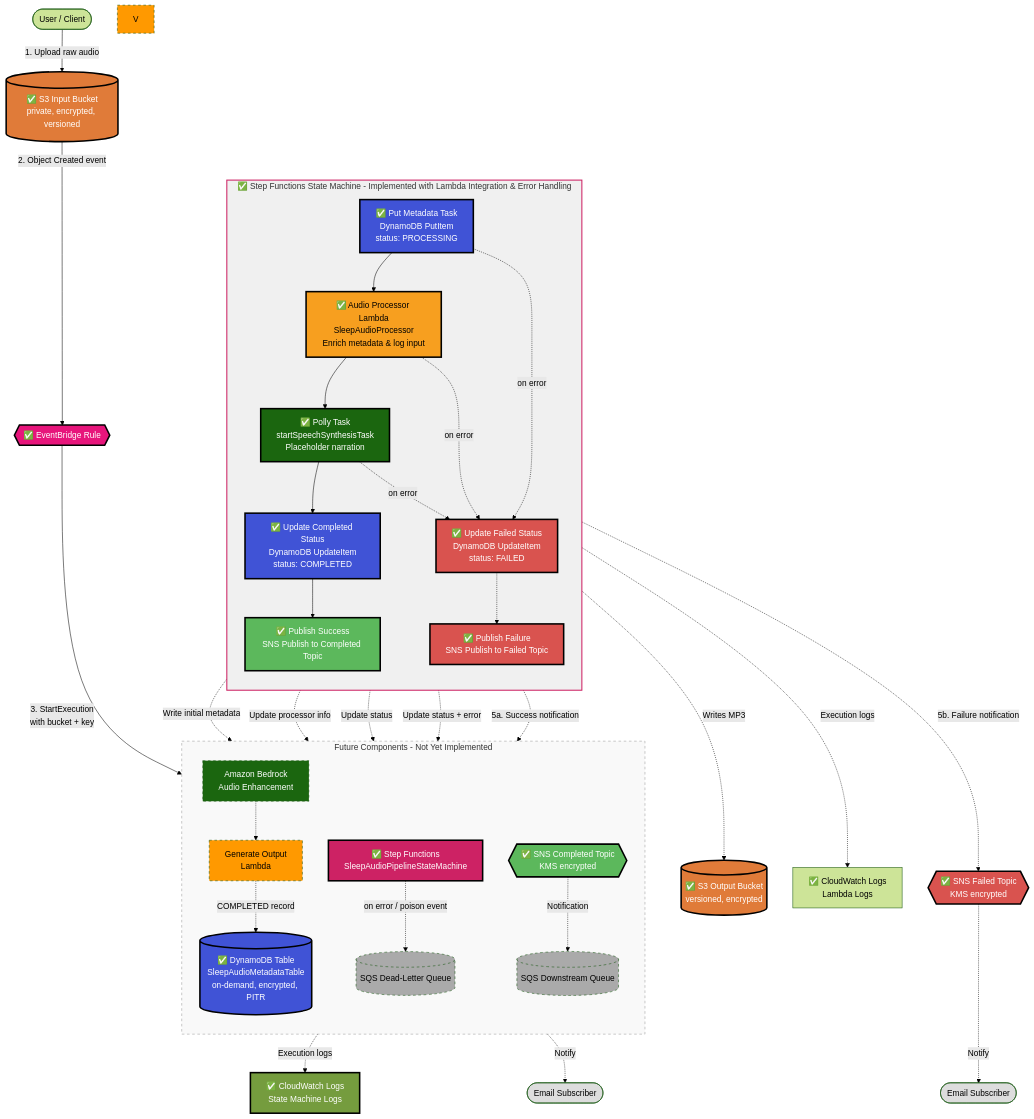
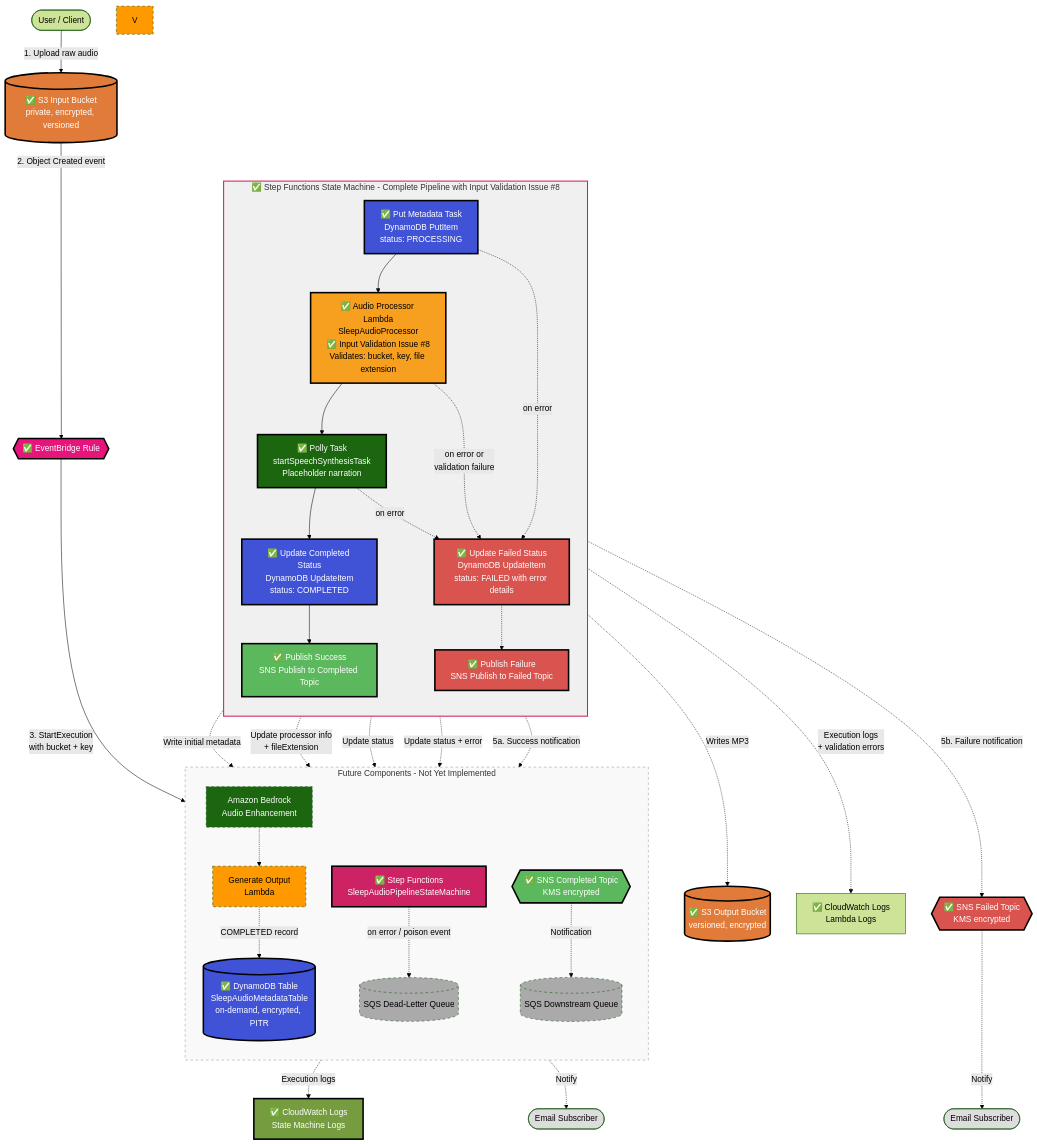
The diagram in ARCHITECTURE.md (obstreperous-ai/cdk-sleep-ts-copilot), drawn with Mermaid (forest theme) before and after one commit. The commit also changed other lines of this file and 3 other files, not shown here.

First line of the commit message:
feat: complete pipeline wiring with input validation (Issue #8)

````diff
--- a/ARCHITECTURE.md
+++ b/ARCHITECTURE.md
@@ -263,70 +323,70 @@
 ```mermaid
 flowchart TD
     U([User / Client]) -->|1. Upload raw audio| S3in[(✅ S3 Input Bucket<br/>private, encrypted, versioned)]
 
     S3in -->|2. Object Created event| EB{{✅ EventBridge Rule}}
     EB -->|3. StartExecution<br/>with bucket + key| SFN[✅ Step Functions<br/>SleepAudioPipelineStateMachine]
 
-    subgraph SFN_Detail [✅ Step Functions State Machine - Implemented with Lambda Integration & Error Handling]
+    subgraph SFN_Detail [✅ Step Functions State Machine - Complete Pipeline with Input Validation Issue #8]
         direction TB
         PUTMETA[✅ Put Metadata Task<br/>DynamoDB PutItem<br/>status: PROCESSING]
-        PUTMETA --> LAMBDA[✅ Audio Processor Lambda<br/>SleepAudioProcessor<br/>Enrich metadata & log input]
+        PUTMETA --> LAMBDA[✅ Audio Processor Lambda<br/>SleepAudioProcessor<br/>✅ Input Validation Issue #8<br/>Validates: bucket, key, file extension]
         LAMBDA --> POLLY[✅ Polly Task<br/>startSpeechSynthesisTask<br/>Placeholder narration]
         POLLY --> UPDATECOMPLETE[✅ Update Completed Status<br/>DynamoDB UpdateItem<br/>status: COMPLETED]
         UPDATECOMPLETE --> PUBLISHSUCCESS[✅ Publish Success<br/>SNS Publish to Completed Topic]
         
-        PUTMETA -.->|on error| UPDATEFAILED[✅ Update Failed Status<br/>DynamoDB UpdateItem<br/>status: FAILED]
-        LAMBDA -.->|on error| UPDATEFAILED
+        PUTMETA -.->|on error| UPDATEFAILED[✅ Update Failed Status<br/>DynamoDB UpdateItem<br/>status: FAILED with error details]
+        LAMBDA -.->|on error or<br/>validation failure| UPDATEFAILED
         POLLY -.->|on error| UPDATEFAILED
         UPDATEFAILED -.-> PUBLISHFAILURE[✅ Publish Failure<br/>SNS Publish to Failed Topic]
     end
 
     PUTMETA -.->|Write initial metadata| DDB[(✅ DynamoDB Table<br/>SleepAudioMetadataTable<br/>on-demand, encrypted, PITR)]
-    LAMBDA -.->|Update processor info| DDB
+    LAMBDA -.->|Update processor info<br/>+ fileExtension| DDB
     UPDATECOMPLETE -.->|Update status| DDB
     UPDATEFAILED -.->|Update status + error| DDB
     POLLY -.->|Writes MP3| S3out[(✅ S3 Output Bucket<br/>versioned, encrypted)]
     SFN -.->|Execution logs| CWLOGS[✅ CloudWatch Logs<br/>State Machine Logs]
-    LAMBDA -.->|Execution logs| CWLOGS2[✅ CloudWatch Logs<br/>Lambda Logs]
+    LAMBDA -.->|Execution logs<br/>+ validation errors| CWLOGS2[✅ CloudWatch Logs<br/>Lambda Logs]
     
     PUBLISHSUCCESS -.->|5a. Success notification| SNSCOMPLETE{{✅ SNS Completed Topic<br/>KMS encrypted}}
     PUBLISHFAILURE -.->|5b. Failure notification| SNSFAILED{{✅ SNS Failed Topic<br/>KMS encrypted}}
     
     SNSCOMPLETE -.->|Notify| Email1([Email Subscriber])
     SNSFAILED -.->|Notify| Email2([Email Subscriber])
 
     subgraph Future [Future Components - Not Yet Implemented]
         direction TB
         BED[Amazon Bedrock<br/>Audio Enhancement]
         OUT[Generate Output<br/>Lambda]
         BED -.-> OUT
         OUT -.->|COMPLETED record| DDB
         SFN -.->|on error / poison event| DLQ[(SQS Dead-Letter Queue)]
         SNSCOMPLETE -.->|Notification| SQSdown[(SQS Downstream Queue)]
     end
 
     style S3in fill:#e07b39,color:#fff,stroke:#000,stroke-width:3px
     style S3out fill:#e07b39,color:#fff,stroke:#000,stroke-width:3px
     style EB fill:#e7157b,color:#fff,stroke:#000,stroke-width:3px
     style SFN fill:#cd2264,color:#fff,stroke:#000,stroke-width:3px
     style PUTMETA fill:#4053d6,color:#fff,stroke:#000,stroke-width:3px
     style LAMBDA fill:#f79f1f,color:#000,stroke:#000,stroke-width:3px
     style POLLY fill:#1b660f,color:#fff,stroke:#000,stroke-width:3px
     style UPDATECOMPLETE fill:#4053d6,color:#fff,stroke:#000,stroke-width:3px
     style UPDATEFAILED fill:#d9534f,color:#fff,stroke:#000,stroke-width:3px
     style PUBLISHSUCCESS fill:#5cb85c,color:#fff,stroke:#000,stroke-width:3px
     style PUBLISHFAILURE fill:#d9534f,color:#fff,stroke:#000,stroke-width:3px
     style SNSCOMPLETE fill:#5cb85c,color:#fff,stroke:#000,stroke-width:3px
     style SNSFAILED fill:#d9534f,color:#fff,stroke:#000,stroke-width:3px
     style DDB fill:#4053d6,color:#fff,stroke:#000,stroke-width:3px
     style CWLOGS fill:#759c3e,color:#fff,stroke:#000,stroke-width:3px
     style SFN_Detail fill:#f0f0f0,stroke:#cd2264,stroke-width:2px
     style Future fill:#f9f9f9,stroke:#999,stroke-width:1px,stroke-dasharray: 5 5
     style V fill:#f90,color:#000,stroke-dasharray: 5 5
     style OUT fill:#f90,color:#000,stroke-dasharray: 5 5
     style BED fill:#1b660f,color:#fff,stroke-dasharray: 5 5
     style DLQ fill:#aaa,color:#000,stroke-dasharray: 5 5
     style SQSdown fill:#aaa,color:#000,stroke-dasharray: 5 5
     style Email1 fill:#ddd,color:#000
     style Email2 fill:#ddd,color:#000
 ```
````
